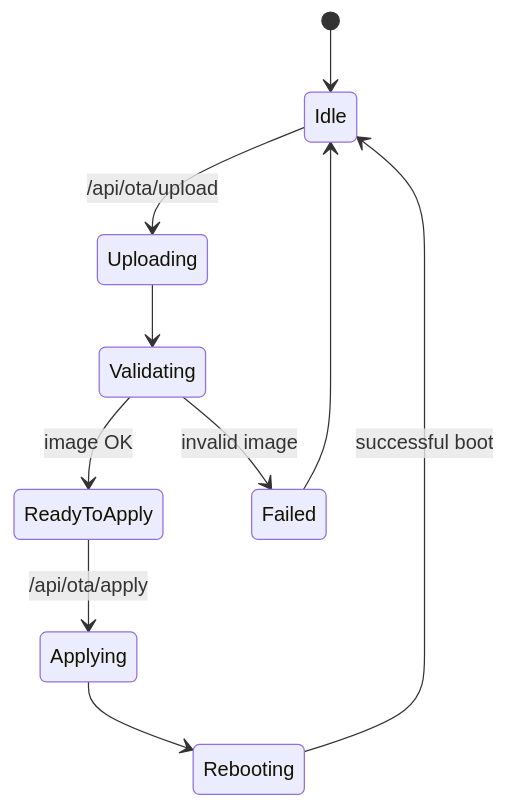
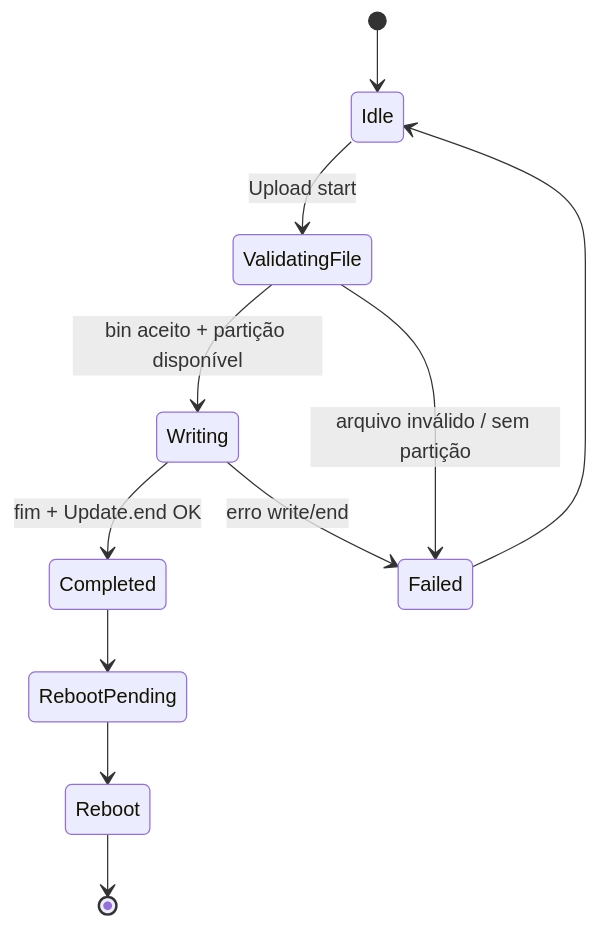
The eighth of 14 diagrams in README.md (paulocfmarques-collab/M5NanoC6_wifi), drawn with Mermaid before and after one commit. The commit also changed other lines of this file, not shown here.

Commit message:
docs: upgrade README to premium full technical guide with extensive Mermaid diagrams

````diff
--- a/README.md
+++ b/README.md
@@ -249,12 +331,13 @@
 ```mermaid
 stateDiagram-v2
     [*] --> Idle
-    Idle --> Uploading: /api/ota/upload
-    Uploading --> Validating
-    Validating --> ReadyToApply: image OK
-    Validating --> Failed: invalid image
-    ReadyToApply --> Applying: /api/ota/apply
-    Applying --> Rebooting
-    Rebooting --> Idle: successful boot
+    Idle --> ValidatingFile: Upload start
+    ValidatingFile --> Writing: bin aceito + partição disponível
+    ValidatingFile --> Failed: arquivo inválido / sem partição
+    Writing --> Completed: fim + Update.end OK
+    Writing --> Failed: erro write/end
+    Completed --> RebootPending
+    RebootPending --> Reboot
     Failed --> Idle
+    Reboot --> [*]
 ```
````
